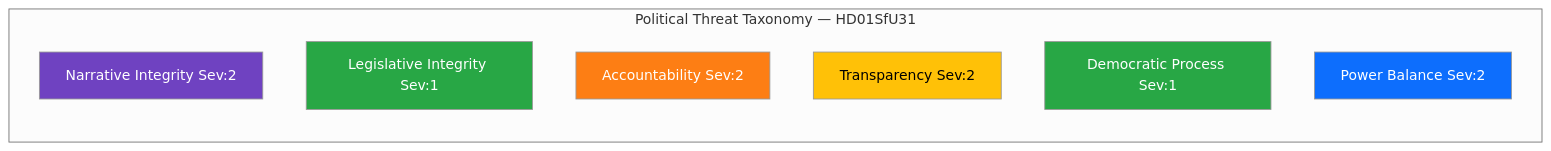
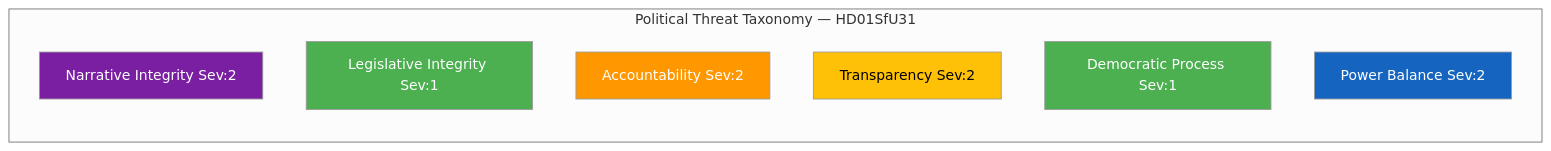
The fourth of 5 diagrams in analysis/daily/2026-04-10/realtime-1424/documents/hd01sfu31-analysis.md (Hack23/riksdagsmonitor), drawn with Mermaid (neutral theme) before and after one commit. The commit also changed other lines of this file and 785 other files, not shown here.

First line of the commit message:
Normalize mermaid colors across 786 analysis artifacts to ISMS Style Guide palette

````diff
--- a/analysis/daily/2026-04-10/realtime-1424/documents/hd01sfu31-analysis.md
+++ b/analysis/daily/2026-04-10/realtime-1424/documents/hd01sfu31-analysis.md
@@ -132,17 +132,17 @@
 ```mermaid
 graph LR
     subgraph "Political Threat Taxonomy — HD01SfU31"
         NI["Narrative Integrity Sev:2"]
         LI["Legislative Integrity Sev:1"]
         AC["Accountability Sev:2"]
         TR["Transparency Sev:2"]
         DP["Democratic Process Sev:1"]
         PB["Power Balance Sev:2"]
     end
-    style NI fill:#6f42c1,color:#fff
-    style LI fill:#28a745,color:#fff
-    style AC fill:#fd7e14,color:#fff
-    style TR fill:#ffc107,color:#000
-    style DP fill:#28a745,color:#fff
-    style PB fill:#0d6efd,color:#fff
+    style NI fill:#7B1FA2,color:#FFFFFF
+    style LI fill:#4CAF50,color:#FFFFFF
+    style AC fill:#FF9800,color:#FFFFFF
+    style TR fill:#FFC107,color:#000000
+    style DP fill:#4CAF50,color:#FFFFFF
+    style PB fill:#1565C0,color:#FFFFFF
 ```
````
